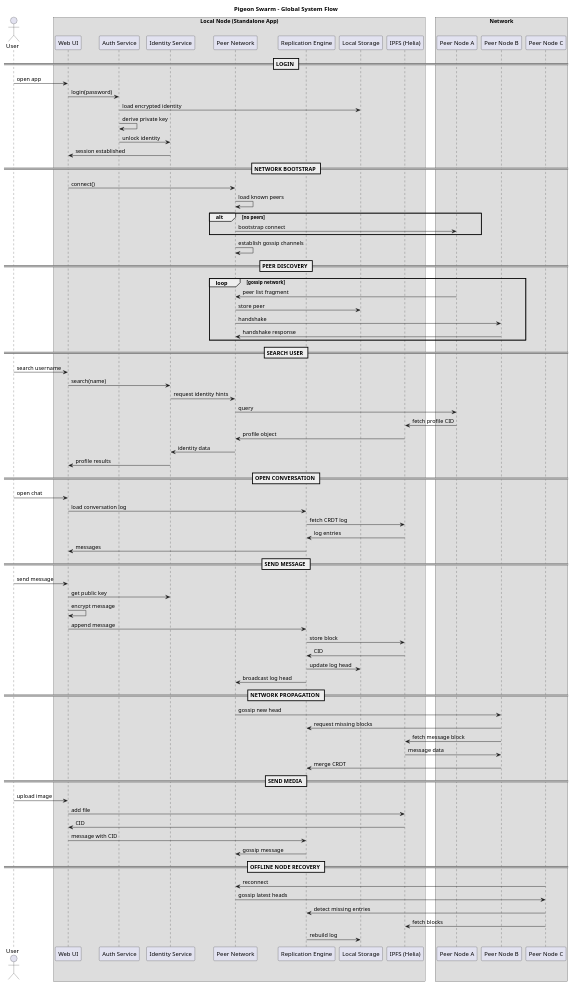
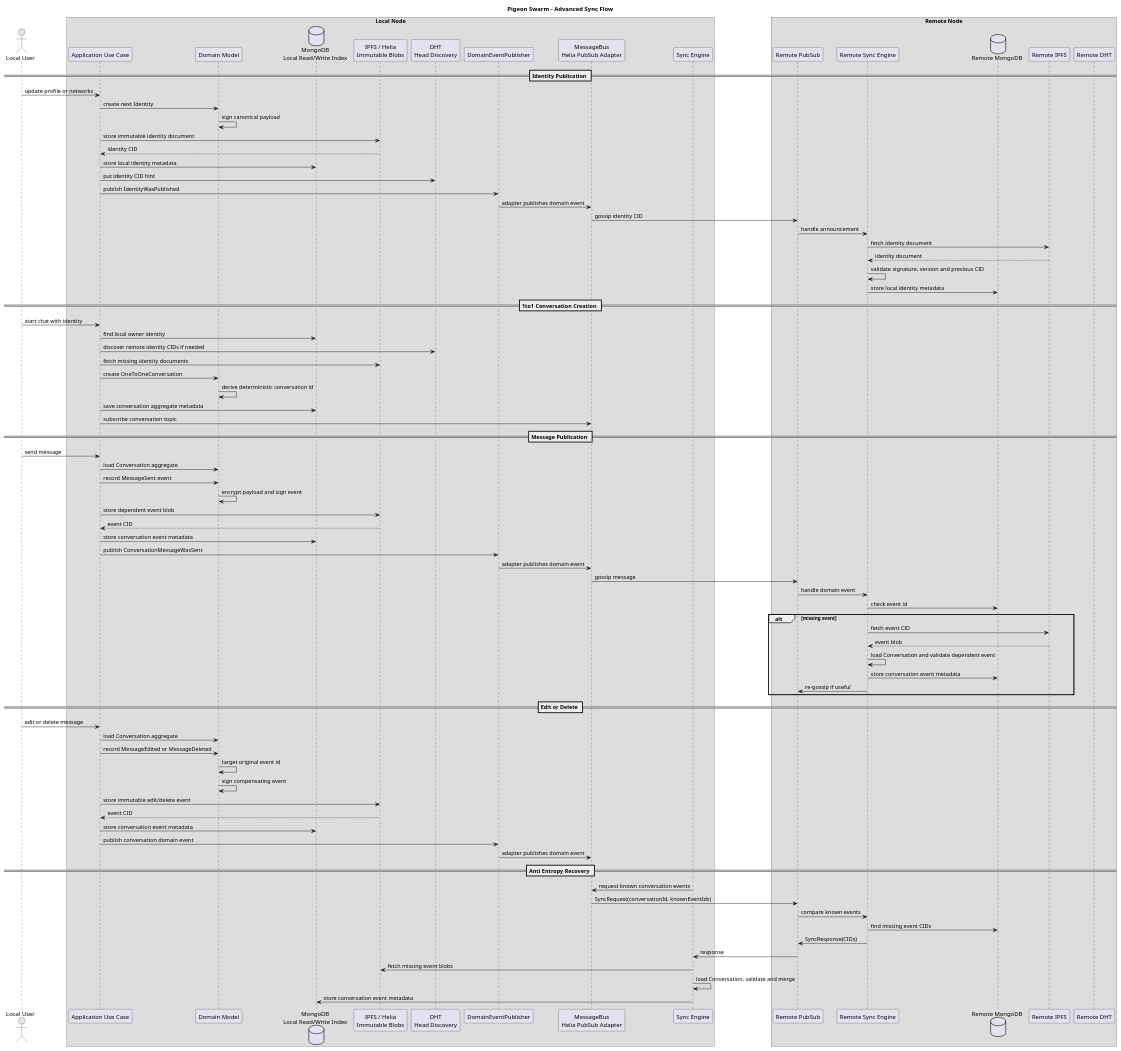
Before and after one commit to haskou/pigeon-swarm-node: the diagram in docs/advanced flux.puml, drawn with PlantUML. The commit also changed 124 other files, not shown here.

First line of the commit message:
feat(zero_trust): ✨ Add DHT pubsub and local db cache for zero trust principles (#4)

```diff
--- a/docs/advanced flux.puml
+++ b/docs/advanced flux.puml
@@ -1,146 +1,104 @@
 @startuml
 
-title Pigeon Swarm - Global System Flow
+title Pigeon Swarm - Advanced Sync Flow
 
-actor User
+actor "Local User" as User
 
-box "Local Node (Standalone App)"
-participant "Web UI"
-participant "Auth Service"
-participant "Identity Service"
-participant "Peer Network"
-participant "Replication Engine"
-participant "Local Storage"
-participant "IPFS (Helia)"
+box "Local Node"
+participant "Application Use Case" as UseCase
+participant "Domain Model" as Domain
+database "MongoDB\nLocal Read/Write Index" as Mongo
+participant "IPFS / Helia\nImmutable Blobs" as IPFS
+participant "DHT\nHead Discovery" as DHT
+participant "DomainEventPublisher" as EventPublisher
+participant "MessageBus\nHelia PubSub Adapter" as PubSub
+participant "Sync Engine" as Sync
 end box
 
-box "Network"
-participant "Peer Node A"
-participant "Peer Node B"
-participant "Peer Node C"
+box "Remote Node"
+participant "Remote PubSub" as RPubSub
+participant "Remote Sync Engine" as RSync
+database "Remote MongoDB" as RMongo
+participant "Remote IPFS" as RIPFS
+participant "Remote DHT" as RDHT
 end box
 
+== Identity Publication ==
 
-== LOGIN ==
+User -> UseCase : update profile or networks
+UseCase -> Domain : create next Identity
+Domain -> Domain : sign canonical payload
+UseCase -> IPFS : store immutable identity document
+IPFS --> UseCase : identity CID
+UseCase -> Mongo : store local identity metadata
+UseCase -> DHT : put identity CID hint
+UseCase -> EventPublisher : publish IdentityWasPublished
+EventPublisher -> PubSub : adapter publishes domain event
 
-User -> "Web UI" : open app
-"Web UI" -> "Auth Service" : login(password)
+PubSub -> RPubSub : gossip identity CID
+RPubSub -> RSync : handle announcement
+RSync -> RIPFS : fetch identity document
+RIPFS --> RSync : identity document
+RSync -> RSync : validate signature, version and previous CID
+RSync -> RMongo : store local identity metadata
 
-"Auth Service" -> "Local Storage" : load encrypted identity
-"Auth Service" -> "Auth Service" : derive private key
+== 1to1 Conversation Creation ==
 
-"Auth Service" -> "Identity Service" : unlock identity
-"Identity Service" -> "Web UI" : session established
+User -> UseCase : start chat with identity
+UseCase -> Mongo : find local owner identity
+UseCase -> DHT : discover remote identity CIDs if needed
+UseCase -> IPFS : fetch missing identity documents
+UseCase -> Domain : create OneToOneConversation
+Domain -> Domain : derive deterministic conversation id
+UseCase -> Mongo : save conversation aggregate metadata
+UseCase -> PubSub : subscribe conversation topic
 
+== Message Publication ==
 
-== NETWORK BOOTSTRAP ==
+User -> UseCase : send message
+UseCase -> Domain : load Conversation aggregate
+UseCase -> Domain : record MessageSent event
+Domain -> Domain : encrypt payload and sign event
+UseCase -> IPFS : store dependent event blob
+IPFS --> UseCase : event CID
+UseCase -> Mongo : store conversation event metadata
+UseCase -> EventPublisher : publish ConversationMessageWasSent
+EventPublisher -> PubSub : adapter publishes domain event
 
-"Web UI" -> "Peer Network" : connect()
-
-"Peer Network" -> "Peer Network" : load known peers
-
-alt no peers
-"Peer Network" -> "Peer Node A" : bootstrap connect
+PubSub -> RPubSub : gossip message
+RPubSub -> RSync : handle domain event
+RSync -> RMongo : check event id
+alt missing event
+  RSync -> RIPFS : fetch event CID
+  RIPFS --> RSync : event blob
+  RSync -> RSync : load Conversation and validate dependent event
+  RSync -> RMongo : store conversation event metadata
+  RSync -> RPubSub : re-gossip if useful
 end
 
-"Peer Network" -> "Peer Network" : establish gossip channels
+== Edit or Delete ==
 
+User -> UseCase : edit or delete message
+UseCase -> Domain : load Conversation aggregate
+UseCase -> Domain : record MessageEdited or MessageDeleted
+Domain -> Domain : target original event id
+Domain -> Domain : sign compensating event
+UseCase -> IPFS : store immutable edit/delete event
+IPFS --> UseCase : event CID
+UseCase -> Mongo : store conversation event metadata
+UseCase -> EventPublisher : publish conversation domain event
+EventPublisher -> PubSub : adapter publishes domain event
 
-== PEER DISCOVERY ==
+== Anti Entropy Recovery ==
 
-loop gossip network
-
-"Peer Node A" -> "Peer Network" : peer list fragment
-"Peer Network" -> "Local Storage" : store peer
-
-"Peer Network" -> "Peer Node B" : handshake
-"Peer Node B" -> "Peer Network" : handshake response
-
-end
-
-
-== SEARCH USER ==
-
-User -> "Web UI" : search username
-
-"Web UI" -> "Identity Service" : search(name)
-
-"Identity Service" -> "Peer Network" : request identity hints
-
-"Peer Network" -> "Peer Node A" : query
-"Peer Node A" -> "IPFS (Helia)" : fetch profile CID
-
-"IPFS (Helia)" -> "Peer Network" : profile object
-"Peer Network" -> "Identity Service" : identity data
-
-"Identity Service" -> "Web UI" : profile results
-
-
-== OPEN CONVERSATION ==
-
-User -> "Web UI" : open chat
-
-"Web UI" -> "Replication Engine" : load conversation log
-
-"Replication Engine" -> "IPFS (Helia)" : fetch CRDT log
-
-"IPFS (Helia)" -> "Replication Engine" : log entries
-
-"Replication Engine" -> "Web UI" : messages
-
-
-== SEND MESSAGE ==
-
-User -> "Web UI" : send message
-
-"Web UI" -> "Identity Service" : get public key
-"Web UI" -> "Web UI" : encrypt message
-
-"Web UI" -> "Replication Engine" : append message
-
-"Replication Engine" -> "IPFS (Helia)" : store block
-"IPFS (Helia)" -> "Replication Engine" : CID
-
-"Replication Engine" -> "Local Storage" : update log head
-
-"Replication Engine" -> "Peer Network" : broadcast log head
-
-
-== NETWORK PROPAGATION ==
-
-"Peer Network" -> "Peer Node B" : gossip new head
-"Peer Node B" -> "Replication Engine" : request missing blocks
-
-"Peer Node B" -> "IPFS (Helia)" : fetch message block
-
-"IPFS (Helia)" -> "Peer Node B" : message data
-
-"Peer Node B" -> "Replication Engine" : merge CRDT
-
-
-== SEND MEDIA ==
-
-User -> "Web UI" : upload image
-
-"Web UI" -> "IPFS (Helia)" : add file
-
-"IPFS (Helia)" -> "Web UI" : CID
-
-"Web UI" -> "Replication Engine" : message with CID
-
-"Replication Engine" -> "Peer Network" : gossip message
-
-
-== OFFLINE NODE RECOVERY ==
-
-"Peer Node C" -> "Peer Network" : reconnect
-
-"Peer Network" -> "Peer Node C" : gossip latest heads
-
-"Peer Node C" -> "Replication Engine" : detect missing entries
-
-"Peer Node C" -> "IPFS (Helia)" : fetch blocks
-
-"Replication Engine" -> "Local Storage" : rebuild log
+Sync -> PubSub : request known conversation events
+PubSub -> RPubSub : SyncRequest(conversationId, knownEventIds)
+RPubSub -> RSync : compare known events
+RSync -> RMongo : find missing event CIDs
+RSync -> RPubSub : SyncResponse(CIDs)
+RPubSub -> Sync : response
+Sync -> IPFS : fetch missing event blobs
+Sync -> Sync : load Conversation, validate and merge
+Sync -> Mongo : store conversation event metadata
 
 @enduml
```
